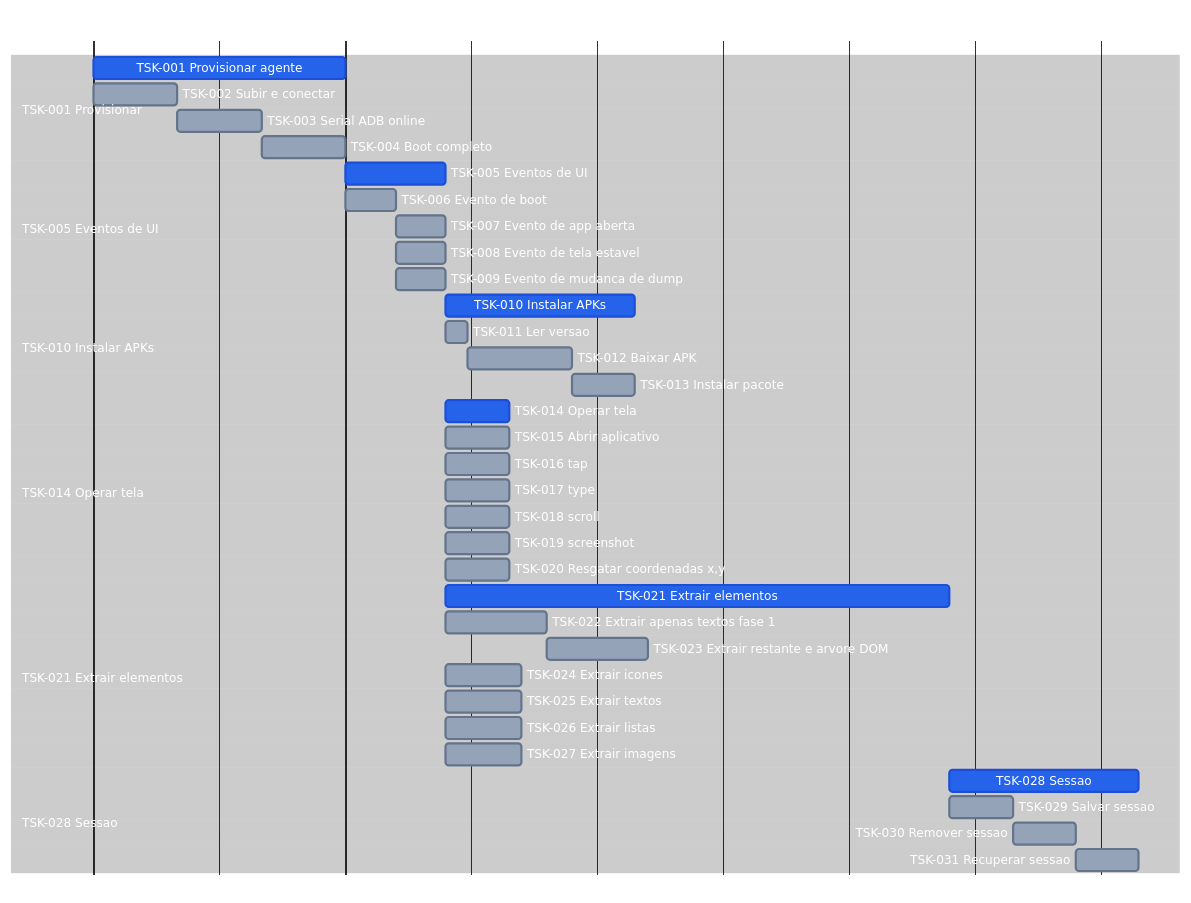
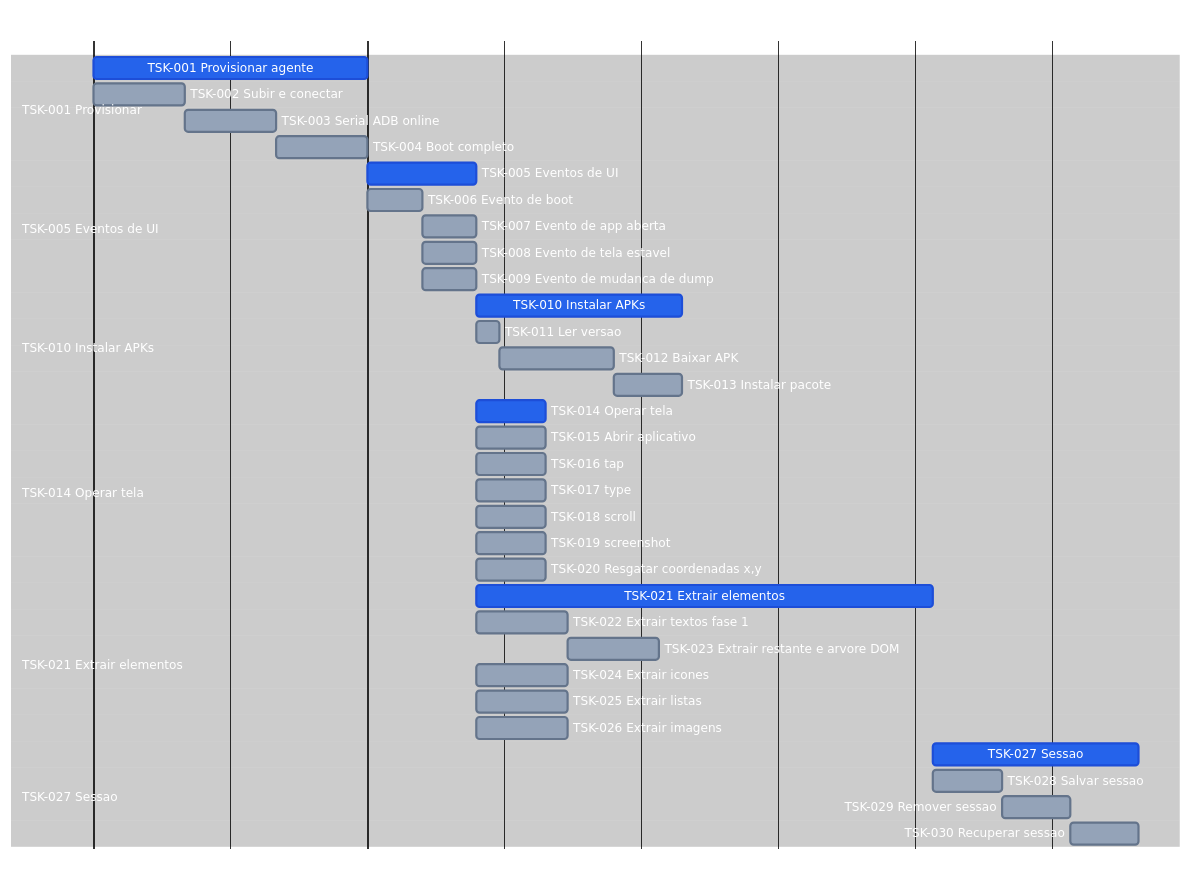
The diagram in connectmax/screen-robot/7.tasks.md (laerciogermano/workstation), drawn with Mermaid before and after one commit. The commit also changed other lines of this file and 8 other files, not shown here.

Commit message:
Remove Extrair textos (US-15); textos ficam na árvore DOM (US-13).

````diff
--- a/connectmax/screen-robot/7.tasks.md
+++ b/connectmax/screen-robot/7.tasks.md
@@ -13,82 +13,81 @@
 ```mermaid
 ---
 config:
   theme: base
   themeVariables:
     darkMode: true
     background: '#000000'
     primaryTextColor: '#ffffff'
     secondaryTextColor: '#ffffff'
     tertiaryTextColor: '#ffffff'
     textColor: '#ffffff'
     lineColor: '#333333'
     mainBkg: '#000000'
     secondaryColor: '#000000'
     tertiaryColor: '#000000'
     sectionBkgColor: '#000000'
     sectionBkgColor2: '#000000'
     altSectionBkgColor: '#000000'
     gridColor: '#222222'
     excludeBkgColor: '#000000'
     todayLineColor: '#444444'
     doneTaskBkgColor: '#2563eb'
     doneTaskBorderColor: '#1d4ed8'
     taskBkgColor: '#94a3b8'
     taskBorderColor: '#64748b'
     taskTextColor: '#ffffff'
     taskTextDarkColor: '#ffffff'
     taskTextLightColor: '#ffffff'
     taskTextOutsideColor: '#ffffff'
     critBkgColor: '#2563eb'
     critBorderColor: '#1d4ed8'
     activeTaskBkgColor: '#94a3b8'
     activeTaskBorderColor: '#64748b'
 ---
 gantt
   title screen-robot TSK
   dateFormat X
   axisFormat %s
 
   section TSK-001 Provisionar
   TSK-001 Provisionar agente            :done, tsk01, 0, 60m
   TSK-002 Subir e conectar              :tsk02, 0, 20m
   TSK-003 Serial ADB online             :tsk03, after tsk02, 20m
   TSK-004 Boot completo                 :tsk04, after tsk03, 20m
 
   section TSK-005 Eventos de UI
   TSK-005 Eventos de UI                 :done, tsk05, after tsk01, 24m
   TSK-006 Evento de boot                :tsk06, after tsk01, 12m
   TSK-007 Evento de app aberta          :tsk07, after tsk06, 12m
   TSK-008 Evento de tela estavel        :tsk08, after tsk06, 12m
   TSK-009 Evento de mudanca de dump     :tsk09, after tsk06, 12m
 
   section TSK-010 Instalar APKs
   TSK-010 Instalar APKs                 :done, tsk10, after tsk09, 45m
   TSK-011 Ler versao                    :tsk11, after tsk09, 5m
   TSK-012 Baixar APK                    :tsk12, after tsk11, 25m
   TSK-013 Instalar pacote               :tsk13, after tsk12, 15m
 
   section TSK-014 Operar tela
   TSK-014 Operar tela                   :done, tsk14, after tsk09, 15m
   TSK-015 Abrir aplicativo              :tsk15, after tsk09, 15m
   TSK-016 tap                           :tsk16, after tsk09, 15m
   TSK-017 type                          :tsk17, after tsk09, 15m
   TSK-018 scroll                        :tsk18, after tsk09, 15m
   TSK-019 screenshot                    :tsk19, after tsk09, 15m
   TSK-020 Resgatar coordenadas x,y      :tsk20, after tsk09, 15m
 
   section TSK-021 Extrair elementos
-  TSK-021 Extrair elementos             :done, tsk21, after tsk09, 120m
-  TSK-022 Extrair apenas textos fase 1  :tsk22, after tsk09, 24m
-  TSK-023 Extrair restante e arvore DOM :tsk23, after tsk22, 24m
-  TSK-024 Extrair icones                :tsk24, after tsk09, 18m
-  TSK-025 Extrair textos                :tsk25, after tsk09, 18m
-  TSK-026 Extrair listas                :tsk26, after tsk09, 18m
-  TSK-027 Extrair imagens               :tsk27, after tsk09, 18m
+  TSK-021 Extrair elementos             :done, tsk21, after tsk09, 100m
+  TSK-022 Extrair textos fase 1         :tsk22, after tsk09, 20m
+  TSK-023 Extrair restante e arvore DOM :tsk23, after tsk22, 20m
+  TSK-024 Extrair icones                :tsk24, after tsk09, 20m
+  TSK-025 Extrair listas                :tsk25, after tsk09, 20m
+  TSK-026 Extrair imagens               :tsk26, after tsk09, 20m
 
-  section TSK-028 Sessao
-  TSK-028 Sessao                        :done, tsk28, after tsk21, 45m
-  TSK-029 Salvar sessao                 :tsk29, after tsk21, 15m
-  TSK-030 Remover sessao                :tsk30, after tsk29, 15m
-  TSK-031 Recuperar sessao              :tsk31, after tsk30, 15m
+  section TSK-027 Sessao
+  TSK-027 Sessao                        :done, tsk27, after tsk21, 45m
+  TSK-028 Salvar sessao                 :tsk28, after tsk21, 15m
+  TSK-029 Remover sessao                :tsk29, after tsk28, 15m
+  TSK-030 Recuperar sessao              :tsk30, after tsk29, 15m
 ```
````
